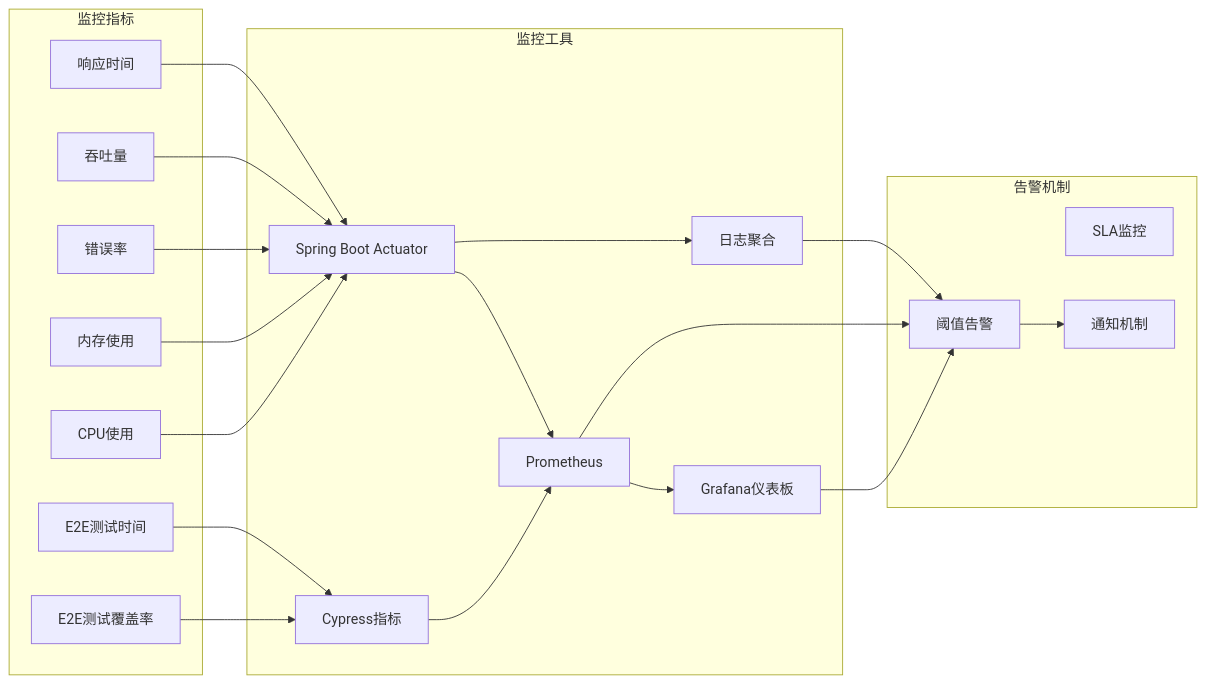
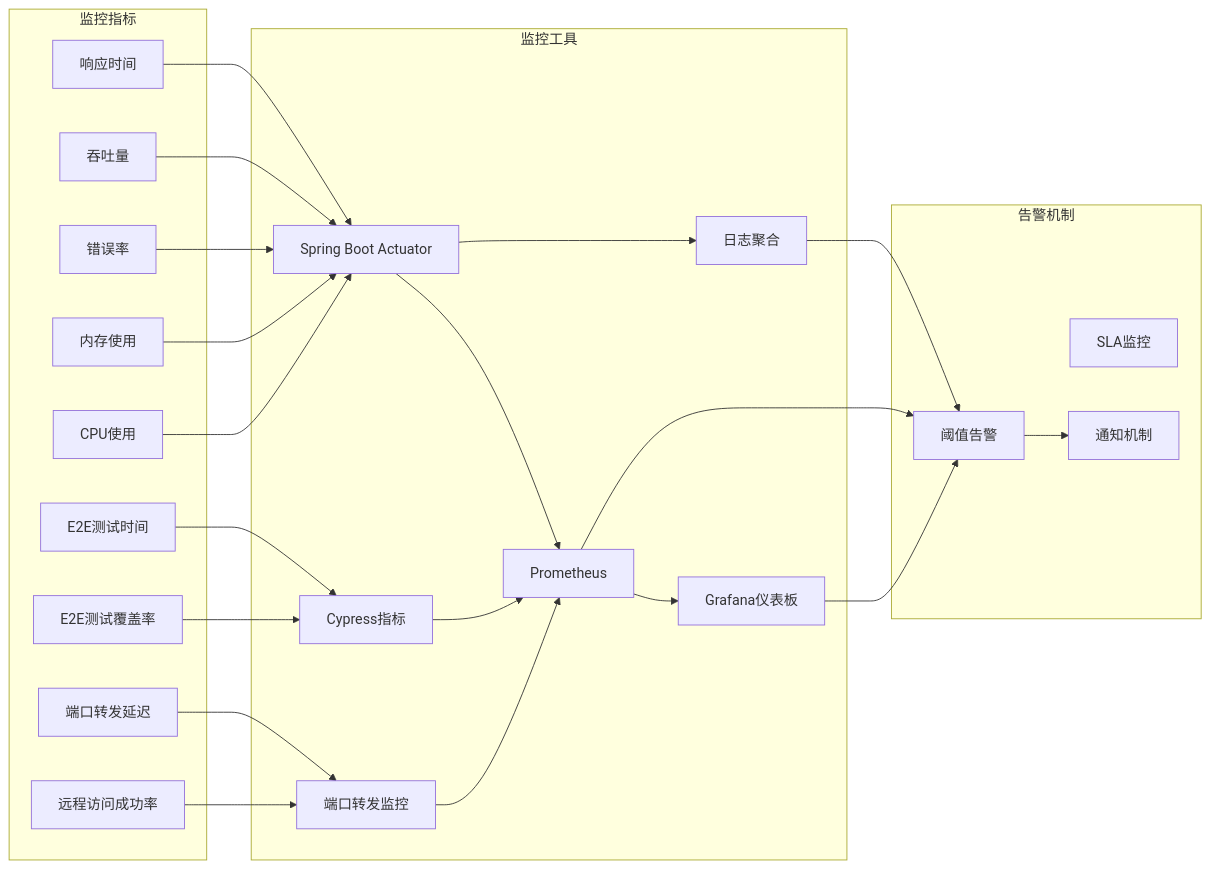
One commit to liuzh2008/med_ai_assistant_workspace changed diagram 19 of 22 in .qoder/repowiki/zh/content/Development Environment Features/Development Environment Features.md. Above: the diagram before and after it, drawn with Mermaid. The commit also changed other lines of this file and 9 other files, not shown here.

````diff
--- a/.qoder/repowiki/zh/content/Development Environment Features/Development Environment Features.md
+++ b/.qoder/repowiki/zh/content/Development Environment Features/Development Environment Features.md
@@ -776,39 +906,45 @@
 ```mermaid
 graph LR
 subgraph "监控指标"
 RESPONSE_TIME[响应时间]
 THROUGHPUT[吞吐量]
 ERROR_RATE[错误率]
 MEMORY_USAGE[内存使用]
 CPU_USAGE[CPU使用]
 E2E_TEST_TIME[E2E测试时间]
 END_TO_END_TESTS[E2E测试覆盖率]
+PORT_FORWARD_LATENCY[端口转发延迟]
+REMOTE_ACCESS_SUCCESS[远程访问成功率]
 end
 subgraph "监控工具"
 ACTUATOR[Spring Boot Actuator]
 PROMETHEUS[Prometheus]
 GRAFANA[Grafana仪表板]
 LOGS[日志聚合]
 CYPRESS_METRICS[Cypress指标]
+PORT_MONITOR[端口转发监控]
 end
 subgraph "告警机制"
 THRESHOLD[阈值告警]
 SLA[SLA监控]
 NOTIFICATION[通知机制]
 end
 RESPONSE_TIME --> ACTUATOR
 THROUGHPUT --> ACTUATOR
 ERROR_RATE --> ACTUATOR
 MEMORY_USAGE --> ACTUATOR
 CPU_USAGE --> ACTUATOR
 E2E_TEST_TIME --> CYPRESS_METRICS
 END_TO_END_TESTS --> CYPRESS_METRICS
+PORT_FORWARD_LATENCY --> PORT_MONITOR
+REMOTE_ACCESS_SUCCESS --> PORT_MONITOR
 ACTUATOR --> PROMETHEUS
 PROMETHEUS --> GRAFANA
 ACTUATOR --> LOGS
 CYPRESS_METRICS --> PROMETHEUS
+PORT_MONITOR --> PROMETHEUS
 GRAFANA --> THRESHOLD
 PROMETHEUS --> THRESHOLD
 LOGS --> THRESHOLD
 THRESHOLD --> NOTIFICATION
 ```
````
